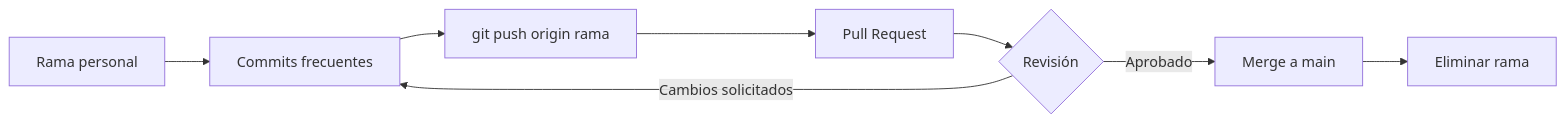
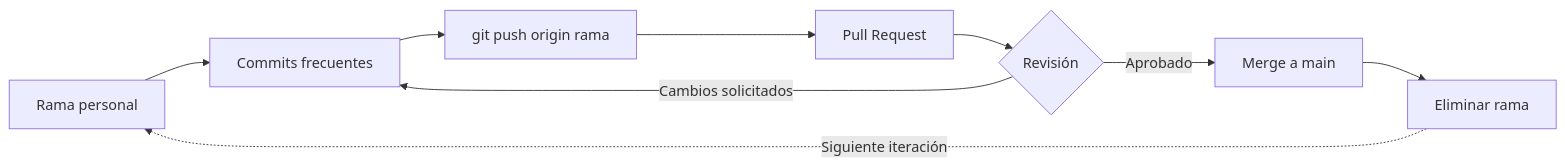
The diagram in CONTRIBUTING.md (Proyecto-academico-Copermatica/MovieHub), drawn with Mermaid before and after one commit. The commit also changed other lines of this file and 5 other files, not shown here.

````diff
--- a/CONTRIBUTING.md
+++ b/CONTRIBUTING.md
@@ -148,10 +184,11 @@
 ```mermaid
 flowchart LR
     A[Rama personal] --> B[Commits frecuentes]
     B --> C[git push origin rama]
     C --> D[Pull Request]
     D --> E{Revisión}
     E -->|Cambios solicitados| B
     E -->|Aprobado| F[Merge a main]
     F --> G[Eliminar rama]
+    G -.->|Siguiente iteración| A
 ```
````
